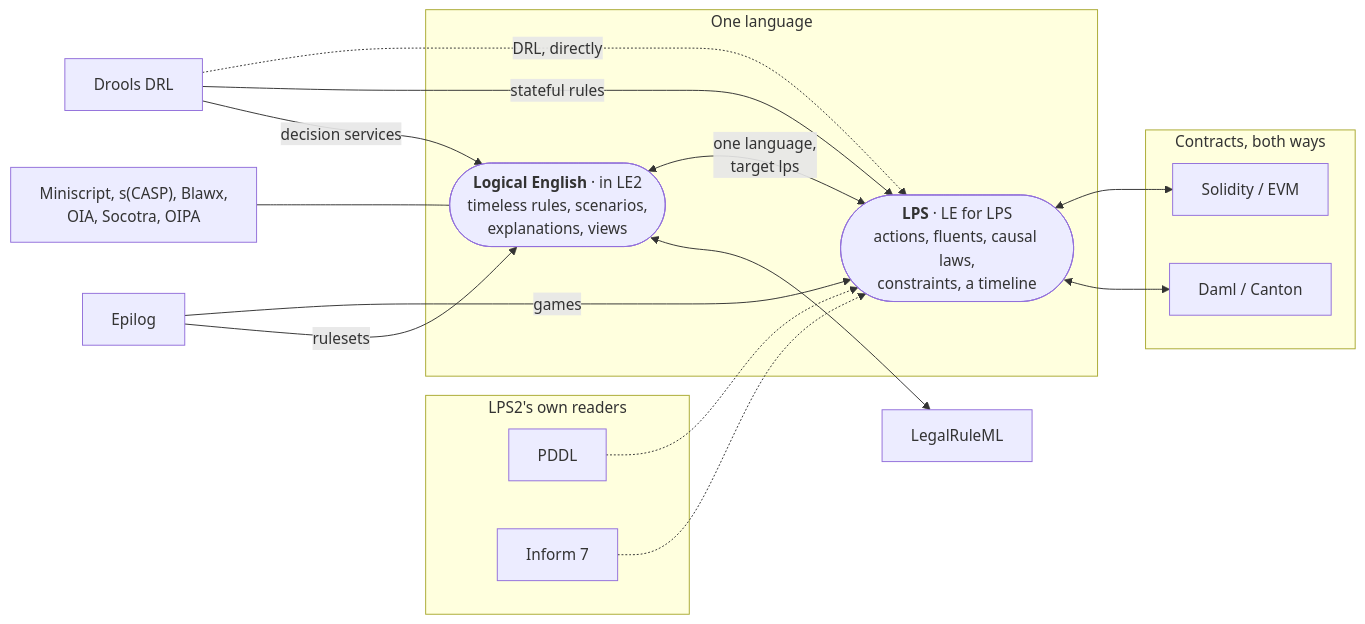
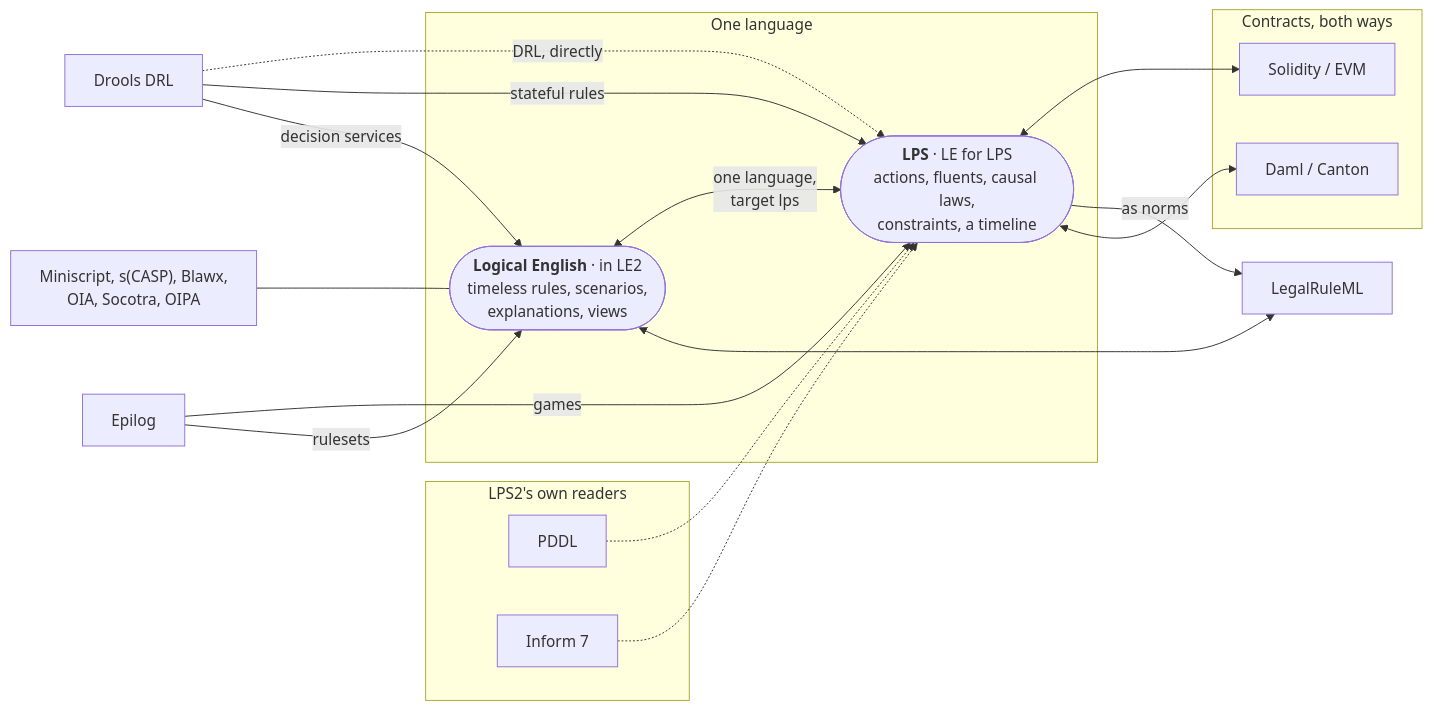
Before and after one commit to LogicalContractsOrg/lps2: the diagram in docs/user/integrations/index.md, drawn with Mermaid. The commit also changed other lines of this file, not shown here.

````diff
--- a/docs/user/integrations/index.md
+++ b/docs/user/integrations/index.md
@@ -35,46 +35,47 @@
 ```mermaid
 flowchart LR
   subgraph own["LPS2's own readers"]
     PD["PDDL"]
     IF["Inform 7"]
   end
 
   subgraph core["One language"]
     LPS(["<b>LPS</b> · LE for LPS<br/>actions, fluents, causal laws,<br/>constraints, a timeline"])
     LE(["<b>Logical English</b> · in LE2<br/>timeless rules, scenarios,<br/>explanations, views"])
     LE <-- "one language,<br/>target lps" --> LPS
   end
 
   subgraph both["Contracts, both ways"]
     SOL["Solidity / EVM"]
     DA["Daml / Canton"]
   end
 
   DR["Drools DRL"]
   EP["Epilog"]
   LR["LegalRuleML"]
   OTH["Miniscript, s(CASP), Blawx,<br/>OIA, Socotra, OIPA"]
 
   PD -.-> LPS
   IF -.-> LPS
   DR -. "DRL, directly" .-> LPS
   DR -- "stateful rules" --> LPS
   DR -- "decision services" --> LE
   EP -- "games" --> LPS
   EP -- "rulesets" --> LE
   LPS <--> SOL
+  LPS -- "as norms" --> LR
   LPS <--> DA
   LE <--> LR
   OTH --- LE
 
   click PD "pddl" "PDDL and LPS"
   click IF "inform-7" "Inform 7 and LPS"
   click DR "drools" "Drools and LPS"
   click SOL "solidity" "Solidity and LPS"
   click DA "daml" "Daml and LPS"
   click LPS "../reference/le-for-lps" "Logical English for LPS"
   click LE "https://le2.logicalcontracts.com/docs/user/integrations/index" "Logical English: other systems"
   click EP "https://le2.logicalcontracts.com/docs/user/integrations/epilog" "Epilog and Logical English (LE2 documentation)"
   click LR "https://le2.logicalcontracts.com/docs/user/integrations/legalruleml" "LegalRuleML and Logical English (LE2 documentation)"
   click OTH "https://le2.logicalcontracts.com/docs/user/integrations/index" "The other systems (LE2 documentation)"
 ```
````
